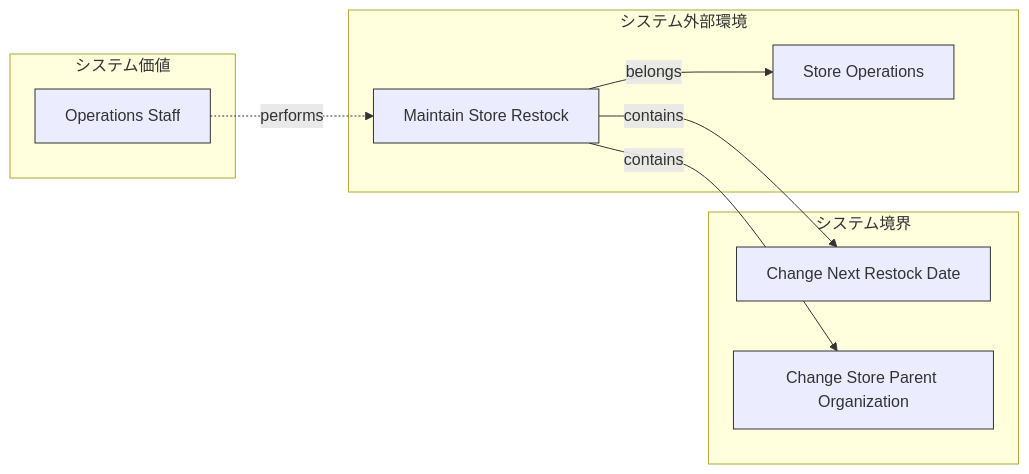
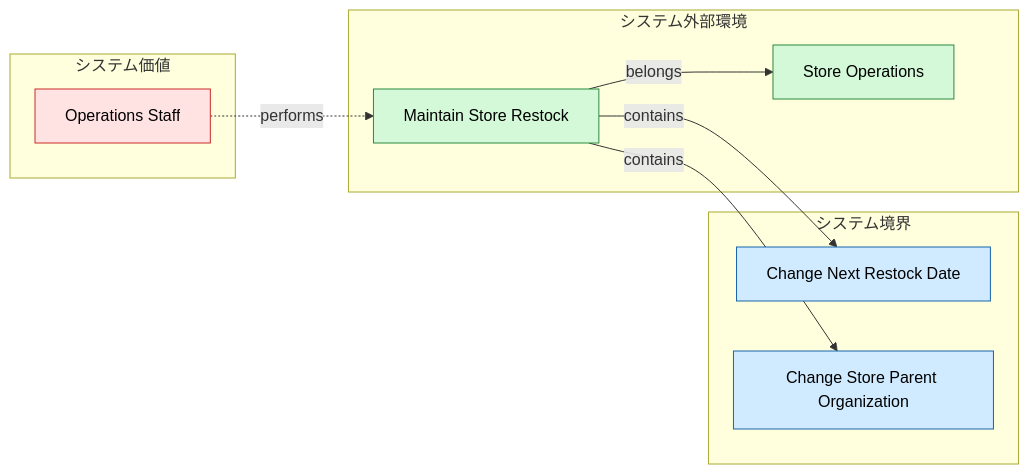
The diagram in samples/incremental-order/step-1-buc-skeleton/design.md (manji-0/rdra-ish-dsl), drawn with Mermaid before and after one commit. The commit also changed 76 other files, not shown here.

First line of the commit message:
feat(cli): colour each RDRA element family in the flowchart diagrams

````diff
--- a/samples/incremental-order/step-1-buc-skeleton/design.md
+++ b/samples/incremental-order/step-1-buc-skeleton/design.md
@@ -47,28 +47,28 @@
 ```mermaid
 %% rdra-ish diagram=rdra scope=buc:BucStoreRestock model=samples/incremental-order/step-1-buc-skeleton/src
 %% layers: value=システム価値 environment=システム外部環境 boundary=システム境界
 %% kinds: actor business buc usecase
 %% omitted: (none)
 flowchart LR
   subgraph layer_value["システム価値"]
     actor__OpsStaff["Operations Staff"]:::actor
   end
   subgraph layer_environment["システム外部環境"]
     business__StoreOperations["Store Operations"]:::business
     %% desc business__StoreOperations: Store operations owns restock planning and store master maintenance.
     buc__BucStoreRestock["Maintain Store Restock"]:::buc
     %% desc buc__BucStoreRestock: Keep restock dates and store organization assignments operationally correct.
   end
   subgraph layer_boundary["システム境界"]
     usecase__ChangeNextRestockDate["Change Next Restock Date"]:::usecase
     usecase__ChangeStoreParentOrganization["Change Store Parent Organization"]:::usecase
   end
   actor__OpsStaff -.->|performs| buc__BucStoreRestock
   buc__BucStoreRestock -->|belongs| business__StoreOperations
   buc__BucStoreRestock -->|contains| usecase__ChangeNextRestockDate
   buc__BucStoreRestock -->|contains| usecase__ChangeStoreParentOrganization
-  classDef actor stroke:#333;
-  classDef business stroke:#333;
-  classDef buc stroke:#333;
-  classDef usecase stroke:#333;
+  classDef actor fill:#ffe3e3,stroke:#c92a2a,color:#000;
+  classDef business fill:#d3f9d8,stroke:#2b8a3e,color:#000;
+  classDef buc fill:#d3f9d8,stroke:#2b8a3e,color:#000;
+  classDef usecase fill:#d0ebff,stroke:#1864ab,color:#000;
 ```
````
